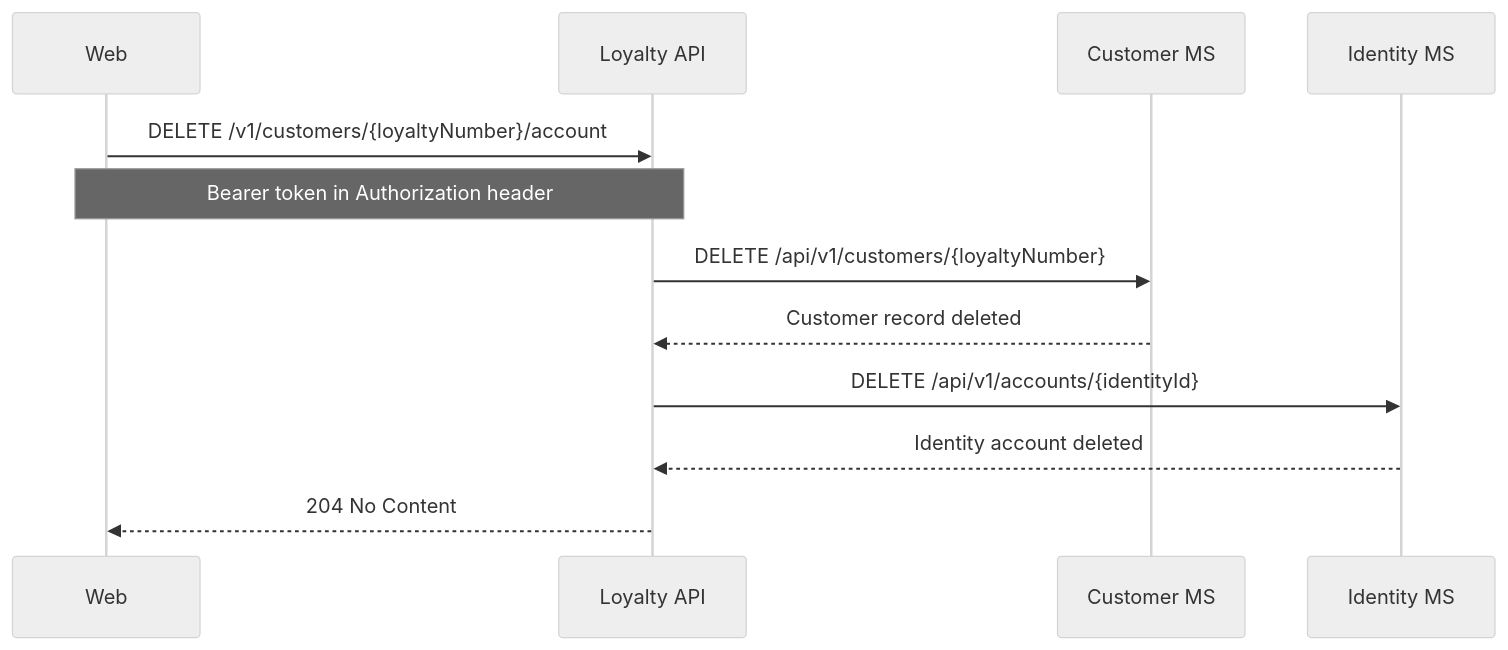
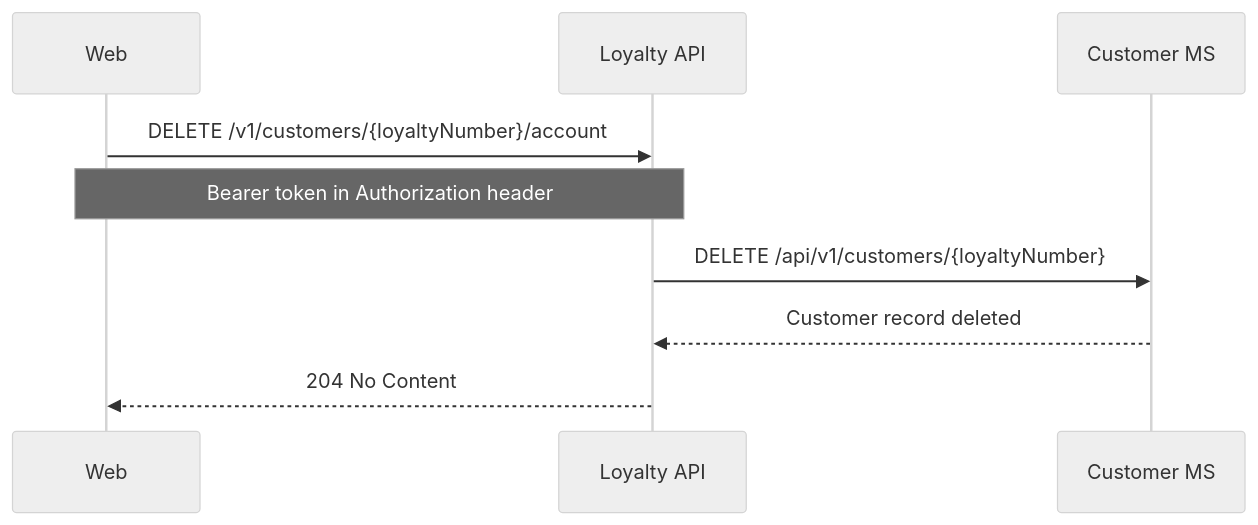
One commit to sebharvey/airline-reservation-system changed the eighth of 11 diagrams in documentation/sequences/customer.md. Above: the diagram before and after it, drawn with Mermaid (neutral theme). The commit also changed other lines of this file and 11 other files, not shown here.

````diff
--- a/documentation/sequences/customer.md
+++ b/documentation/sequences/customer.md
@@ -145,15 +148,12 @@
 ```mermaid
 sequenceDiagram
     participant Web
     participant LoyaltyAPI as Loyalty API
     participant CustomerMS as Customer MS
-    participant IdentityMS as Identity MS
 
     Web->>LoyaltyAPI: DELETE /v1/customers/{loyaltyNumber}/account
     Note over Web,LoyaltyAPI: Bearer token in Authorization header
     LoyaltyAPI->>CustomerMS: DELETE /api/v1/customers/{loyaltyNumber}
     CustomerMS-->>LoyaltyAPI: Customer record deleted
-    LoyaltyAPI->>IdentityMS: DELETE /api/v1/accounts/{identityId}
-    IdentityMS-->>LoyaltyAPI: Identity account deleted
     LoyaltyAPI-->>Web: 204 No Content
 ```
````
